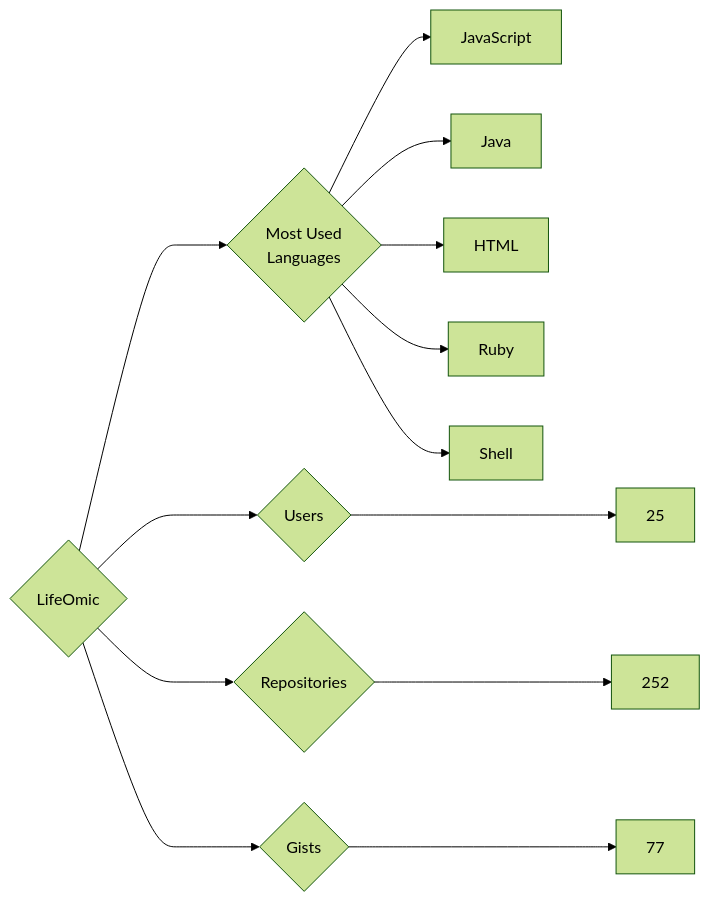
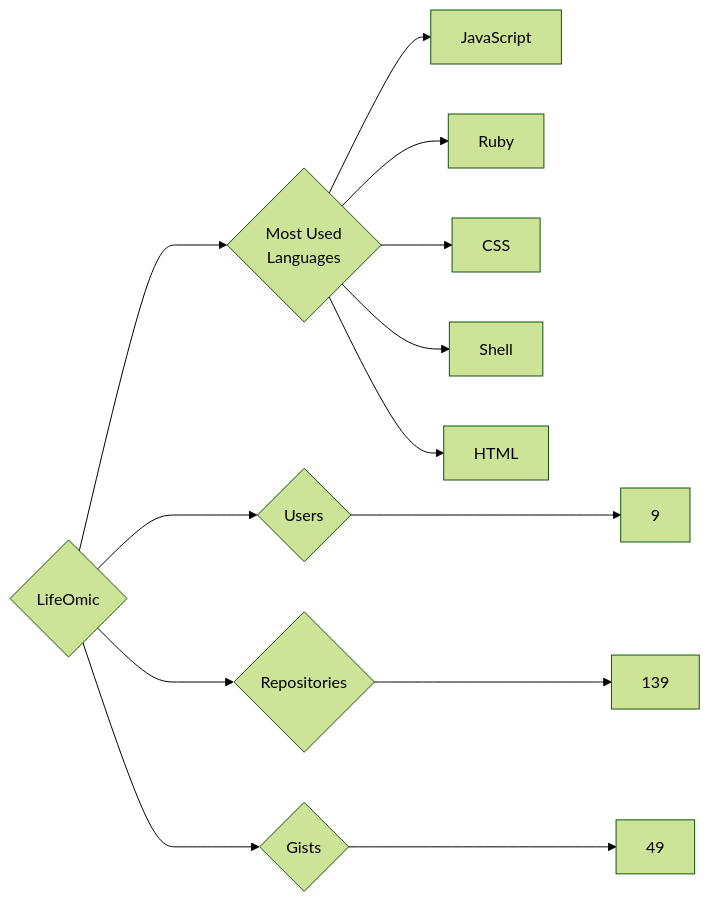
One commit to trickest/insiders changed the diagram in targets/LifeOmic/README.md. Above: the diagram before and after it, drawn with Mermaid (forest theme). The commit also changed 935 other files, not shown here.

````diff
--- a/targets/LifeOmic/README.md
+++ b/targets/LifeOmic/README.md
@@ -3,13 +3,13 @@
 ```mermaid
 graph LR
 COMPANY_NAME{LifeOmic}
-COMPANY_NAME ---> U{Users} ---> UN[25]
-COMPANY_NAME ---> R{Repositories} ---> RN[252]
-COMPANY_NAME ---> G{Gists} ---> GN[77]
+COMPANY_NAME ---> U{Users} ---> UN[9]
+COMPANY_NAME ---> R{Repositories} ---> RN[139]
+COMPANY_NAME ---> G{Gists} ---> GN[49]
 COMPANY_NAME ---> ML{Most Used<br>Languages}
 ML --> JavaScript[JavaScript]
-ML --> Java[Java]
+ML --> Ruby[Ruby]
+ML --> CSS[CSS]
+ML --> Shell[Shell]
 ML --> HTML[HTML]
-ML --> Ruby[Ruby]
-ML --> Shell[Shell]
 ```
````
